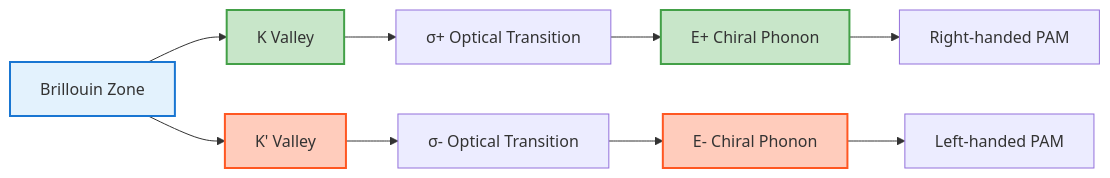
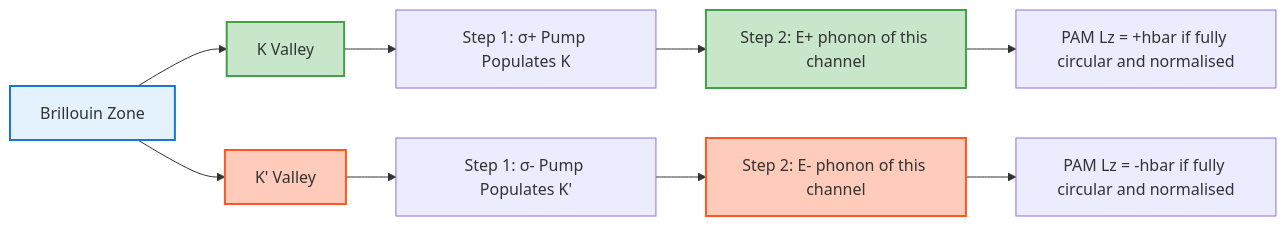
The second of 3 diagrams in knowledge/en/MS/chiral-phonons/chapter-2.md (YusukeHashimotoLab/AI-Knowledge-Notes), drawn with Mermaid before and after one commit. The commit also changed other lines of this file and 151 other files, not shown here.

````diff
--- a/knowledge/en/MS/chiral-phonons/chapter-2.md
+++ b/knowledge/en/MS/chiral-phonons/chapter-2.md
@@ -125,17 +127,17 @@
 ```mermaid
 graph LR
     A[Brillouin Zone] --> B[K Valley]
     A --> C[K' Valley]
-    B --> D[σ+ Optical Transition]
-    C --> E[σ- Optical Transition]
-    D --> F[E+ Chiral Phonon]
-    E --> G[E- Chiral Phonon]
-    F --> H[Right-handed PAM]
-    G --> I[Left-handed PAM]
+    B --> D[Step 1: σ+ Pump Populates K]
+    C --> E[Step 1: σ- Pump Populates K']
+    D --> F["Step 2: E+ phonon of this channel"]
+    E --> G["Step 2: E- phonon of this channel"]
+    F --> H["PAM Lz = +hbar if fully circular and normalised"]
+    G --> I["PAM Lz = -hbar if fully circular and normalised"]
 
     style A fill:#e3f2fd,stroke:#1976d2,stroke-width:2px
     style B fill:#c8e6c9,stroke:#43a047,stroke-width:2px
     style C fill:#ffccbc,stroke:#ff5722,stroke-width:2px
     style F fill:#c8e6c9,stroke:#43a047,stroke-width:2px
     style G fill:#ffccbc,stroke:#ff5722,stroke-width:2px
 ```
````
